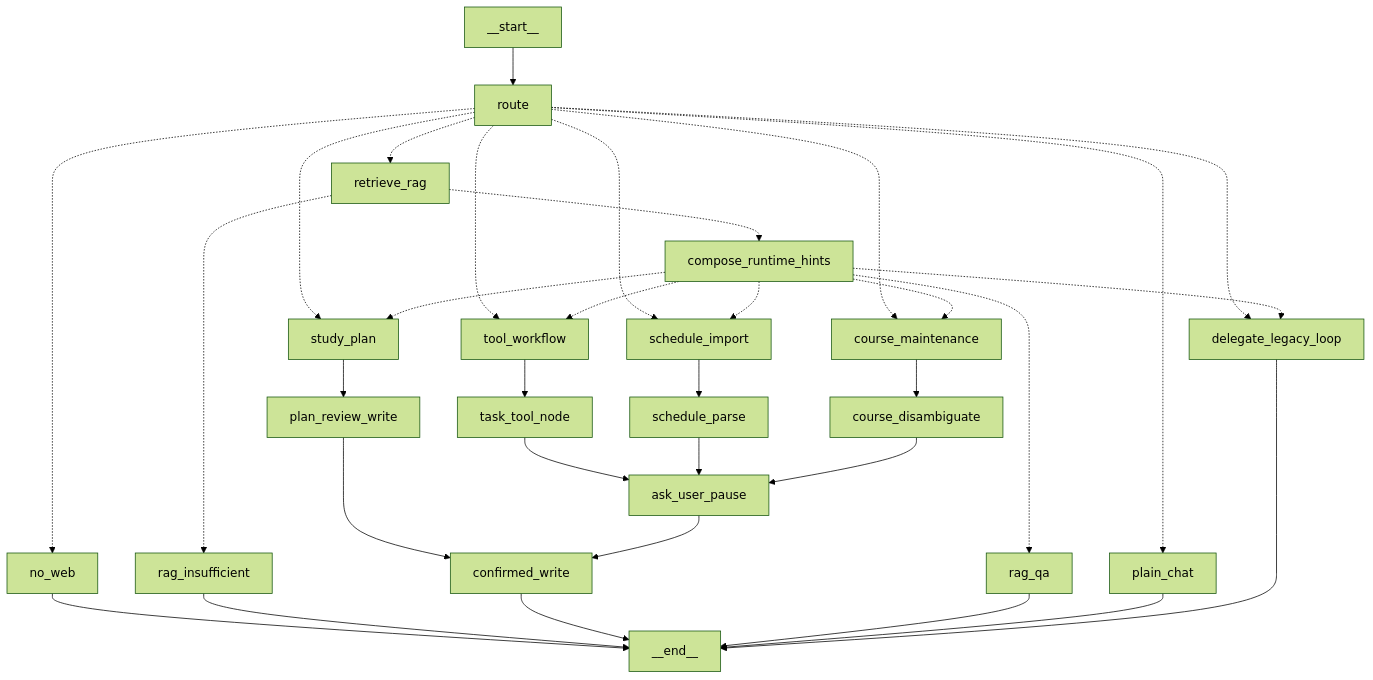
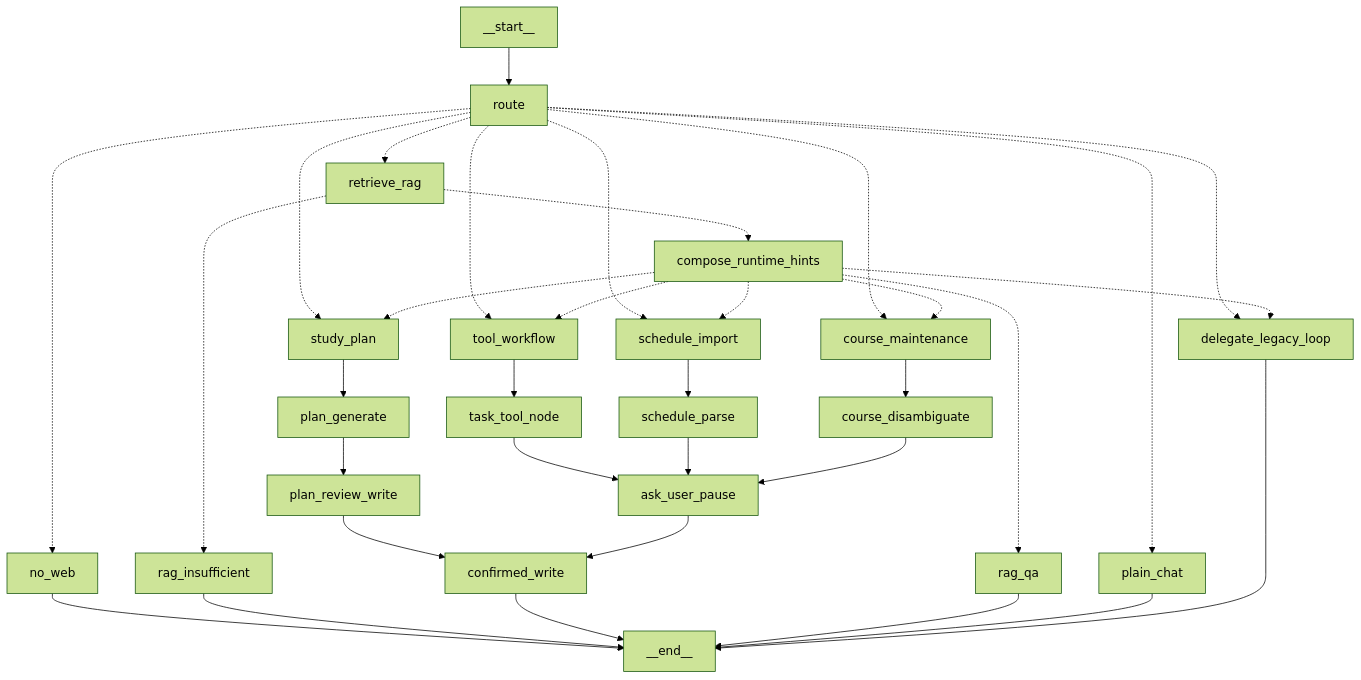
Before and after one commit to janzigc10/student-planner-agent: the diagram in student-planner/app/agent/LANGGRAPH_MIGRATION_CONTRACTS.md, drawn with Mermaid (forest theme). The commit also changed other lines of this file and 5 other files, not shown here.

Commit message:
Migrate study work plan graph workflow

````diff
--- a/student-planner/app/agent/LANGGRAPH_MIGRATION_CONTRACTS.md
+++ b/student-planner/app/agent/LANGGRAPH_MIGRATION_CONTRACTS.md
@@ -41,35 +41,36 @@
 ```mermaid
 graph TD
   __start__ --> route
   route -.-> no_web
   route -.-> retrieve_rag
   route -.-> tool_workflow
   tool_workflow --> task_tool_node
   task_tool_node --> ask_user_pause
   route -.-> schedule_import
   schedule_import --> schedule_parse
   schedule_parse --> ask_user_pause
   route -.-> study_plan
-  study_plan --> plan_review_write
+  study_plan --> plan_generate
+  plan_generate --> plan_review_write
   plan_review_write --> confirmed_write
   route -.-> course_maintenance
   course_maintenance --> course_disambiguate
   course_disambiguate --> ask_user_pause
   ask_user_pause --> confirmed_write
   route -.-> plain_chat
   route -.-> delegate_legacy_loop
   retrieve_rag -.-> rag_insufficient
   retrieve_rag -.-> compose_runtime_hints
   compose_runtime_hints -.-> rag_qa
   compose_runtime_hints -.-> tool_workflow
   compose_runtime_hints -.-> schedule_import
   compose_runtime_hints -.-> study_plan
   compose_runtime_hints -.-> course_maintenance
   compose_runtime_hints -.-> delegate_legacy_loop
   no_web --> __end__
   rag_insufficient --> __end__
   confirmed_write --> __end__
   rag_qa --> __end__
   plain_chat --> __end__
   delegate_legacy_loop --> __end__
 ```
````
